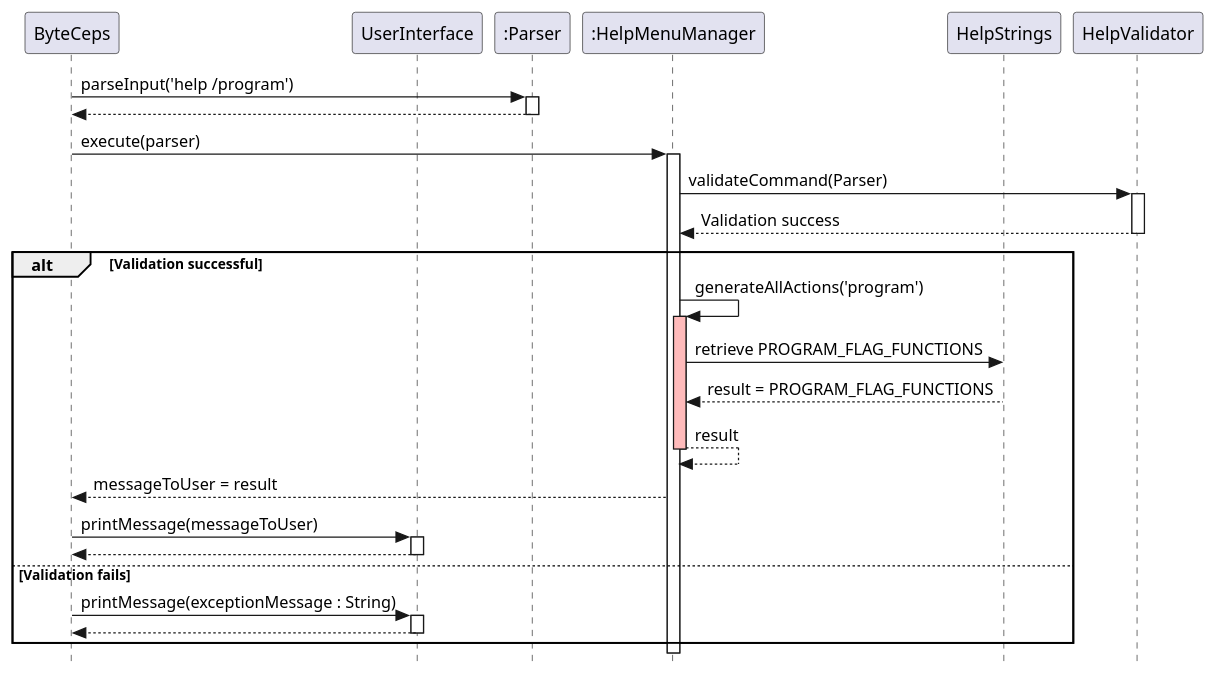
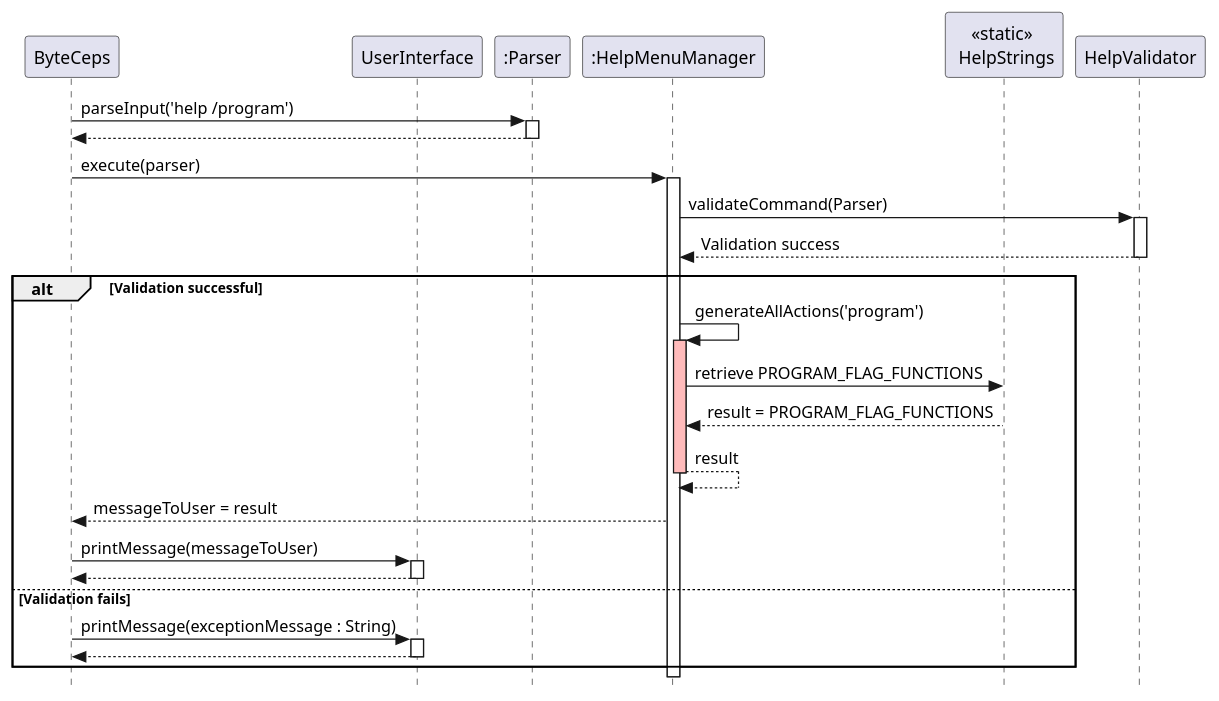
The diagram in docs/plantuml/helpMenuWholeMenu.puml (joshualeejunyi/tp), drawn with PlantUML before and after one commit. The commit also changed 2 other files, not shown here.

Commit message:
Correct existing Help Menu sequence diagrams, add 'help' to DG

```diff
--- a/docs/plantuml/helpMenuWholeMenu.puml
+++ b/docs/plantuml/helpMenuWholeMenu.puml
@@ -1,49 +1,49 @@
 @startuml SequenceDiagram
 skinparam classAttributeIconSize 0
 skinparam style strictuml
 participant ByteCeps as User
 participant UserInterface
 participant ":Parser" as Parser
 participant ":HelpMenuManager" as HelpMenuManager
-participant HelpStrings
+participant HelpStrings as "<<static>> \n HelpStrings"
 participant HelpValidator as Validator
 
 
 User -> Parser : parseInput('help /program')
 activate Parser
 User <-- Parser
 deactivate Parser
 
 User -> HelpMenuManager : execute(parser)
 activate HelpMenuManager
 
 HelpMenuManager -> Validator : validateCommand(Parser)
 activate Validator
 Validator --> HelpMenuManager : Validation success
 deactivate Validator
 
 alt Validation successful
     HelpMenuManager -> HelpMenuManager : generateAllActions('program')
     activate HelpMenuManager #FFBBBB
 
 
     HelpMenuManager -> HelpStrings : retrieve PROGRAM_FLAG_FUNCTIONS
     HelpMenuManager <-- HelpStrings : result = PROGRAM_FLAG_FUNCTIONS
     HelpMenuManager --> HelpMenuManager : result
     deactivate HelpMenuManager #FFBBBB
 
     User <-- HelpMenuManager : messageToUser = result
     User -> UserInterface: printMessage(messageToUser)
     activate UserInterface
     UserInterface --> User:
     deactivate UserInterface
 
 
 else Validation fails
     User -> UserInterface: printMessage(exceptionMessage : String)
     activate UserInterface
     UserInterface --> User:
     deactivate UserInterface
 end
 
 @enduml
```
